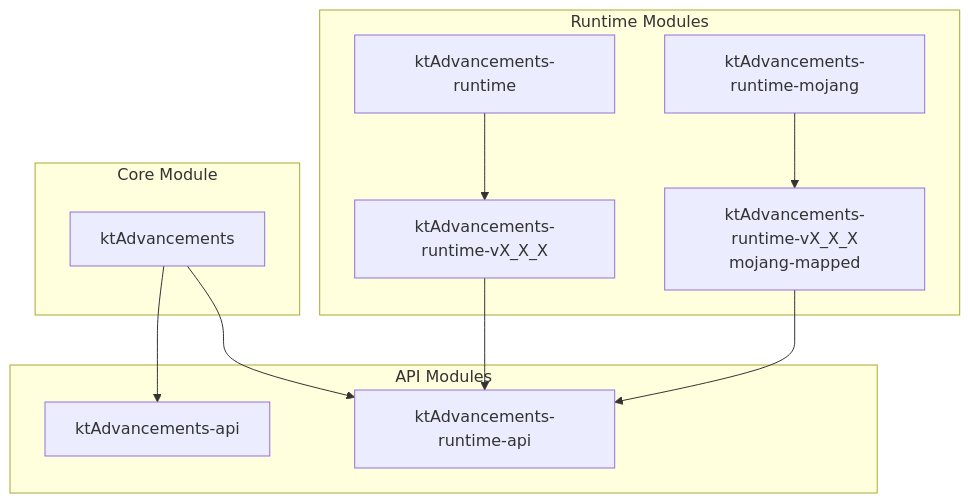
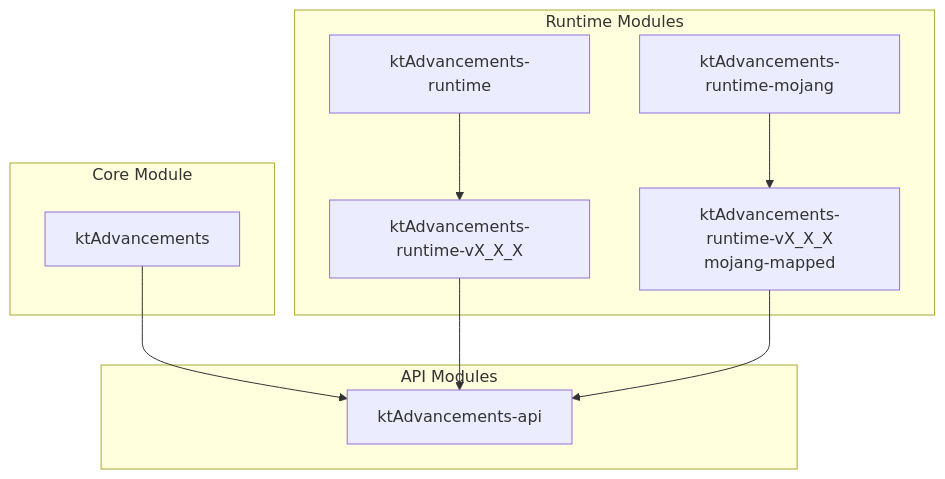
Before and after one commit to sya-ri/ktAdvancements: the diagram in README.md, drawn with Mermaid. The commit also changed other lines of this file and 5 other files, not shown here.

Commit message:
refactor: Migrate runtime-api to api

````diff
--- a/README.md
+++ b/README.md
@@ -168,21 +168,19 @@
 ```mermaid
 graph TD
     subgraph Core[Core Module]
         A[ktAdvancements]
     end
 
     subgraph API[API Modules]
         E[ktAdvancements-api]
-        F[ktAdvancements-runtime-api]
     end
 
     subgraph Runtime[Runtime Modules]
         G[ktAdvancements-runtime] --> H[ktAdvancements-runtime-vX_X_X]
         K[ktAdvancements-runtime-mojang] --> L[ktAdvancements-runtime-vX_X_X<br>mojang-mapped]
     end
 
     A --> E
-    A --> F
-    H --> F
-    L --> F
+    H --> E
+    L --> E
 ```
````
